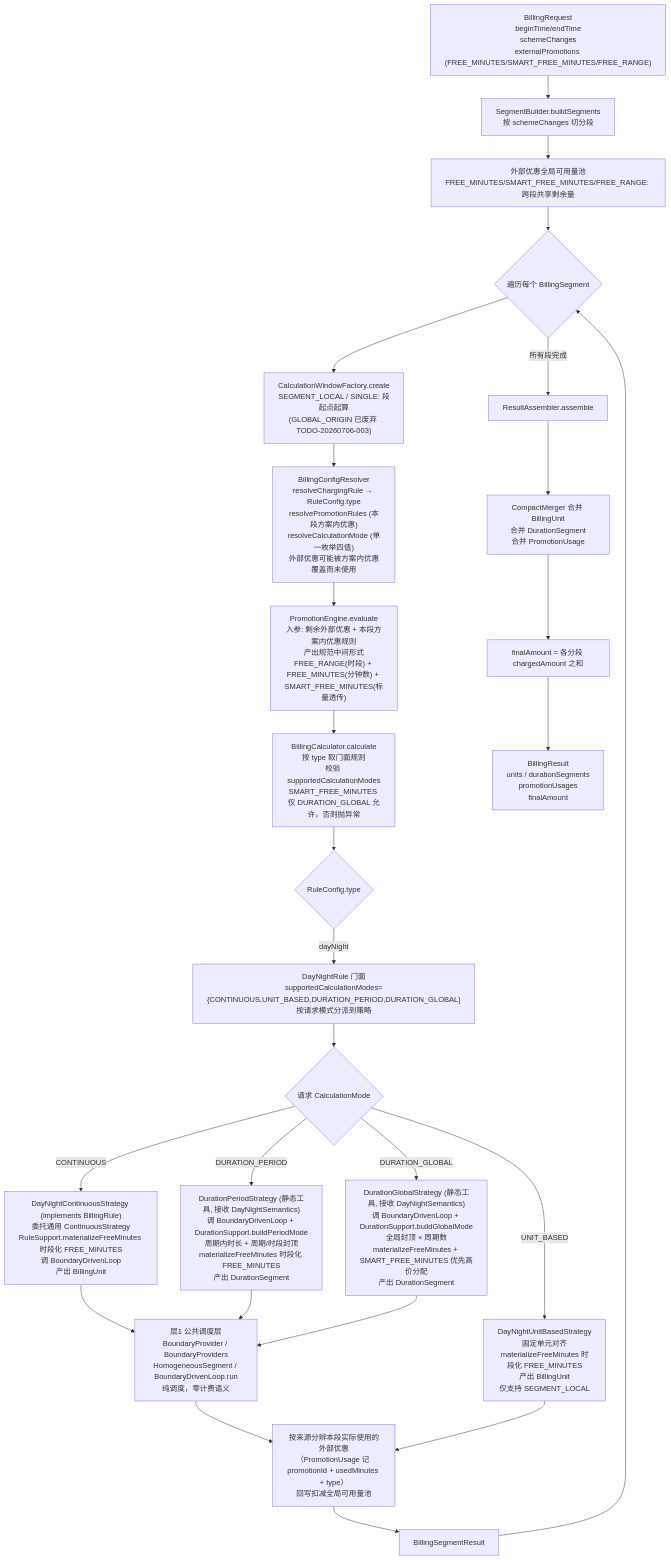
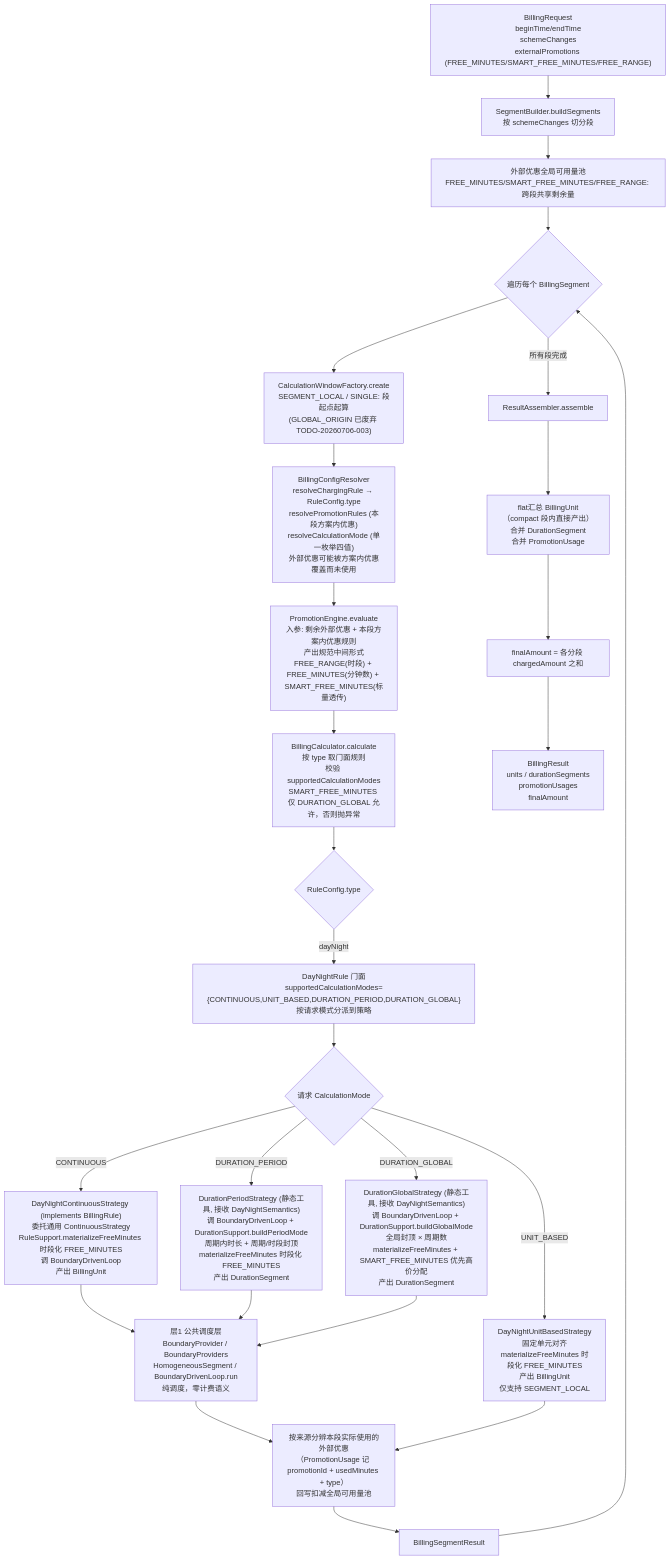
One commit to ShangTX/billing-engine changed the diagram in docs/billing-engine-calculation-flow-zh.md. Above: the diagram before and after it, drawn with Mermaid. The commit also changed other lines of this file and 25 other files, not shown here.

````diff
--- a/docs/billing-engine-calculation-flow-zh.md
+++ b/docs/billing-engine-calculation-flow-zh.md
@@ -31,47 +31,47 @@
 ```mermaid
 flowchart TD
     Req["BillingRequest<br/>beginTime/endTime<br/>schemeChanges<br/>externalPromotions (FREE_MINUTES/SMART_FREE_MINUTES/FREE_RANGE)"]
 
     Req --> SB["SegmentBuilder.buildSegments<br/>按 schemeChanges 切分段"]
 
     SB --> Pool["外部优惠全局可用量池<br/>FREE_MINUTES/SMART_FREE_MINUTES/FREE_RANGE: 跨段共享剩余量"]
 
     Pool --> Loop{"遍历每个 BillingSegment"}
 
     Loop --> CWF["CalculationWindowFactory.create<br/>SEGMENT_LOCAL / SINGLE: 段起点起算<br/>(GLOBAL_ORIGIN 已废弃 TODO-20260706-003)"]
 
     CWF --> Cfg["BillingConfigResolver<br/>resolveChargingRule → RuleConfig.type<br/>resolvePromotionRules (本段方案内优惠)<br/>resolveCalculationMode (单一枚举四值)<br/>外部优惠可能被方案内优惠覆盖而未使用"]
 
     Cfg --> PE["PromotionEngine.evaluate<br/>入参: 剩余外部优惠 + 本段方案内优惠规则<br/>产出规范中间形式<br/>FREE_RANGE(时段) + FREE_MINUTES(分钟数) + SMART_FREE_MINUTES(标量透传)"]
 
     PE --> BC["BillingCalculator.calculate<br/>按 type 取门面规则<br/>校验 supportedCalculationModes<br/>SMART_FREE_MINUTES 仅 DURATION_GLOBAL 允许，否则抛异常"]
 
     BC --> Type{"RuleConfig.type"}
 
     Type -->|dayNight| Facade["DayNightRule 门面<br/>supportedCalculationModes={CONTINUOUS,UNIT_BASED,DURATION_PERIOD,DURATION_GLOBAL}<br/>按请求模式分派到策略"]
 
     Facade --> Mode{"请求 CalculationMode"}
 
     Mode -->|CONTINUOUS| S1["DayNightContinuousStrategy (implements BillingRule)<br/>委托通用 ContinuousStrategy<br/>RuleSupport.materializeFreeMinutes 时段化 FREE_MINUTES<br/>调 BoundaryDrivenLoop<br/>产出 BillingUnit"]
     Mode -->|UNIT_BASED| S2["DayNightUnitBasedStrategy<br/>固定单元对齐<br/>materializeFreeMinutes 时段化 FREE_MINUTES<br/>产出 BillingUnit<br/>仅支持 SEGMENT_LOCAL"]
     Mode -->|DURATION_PERIOD| S3["DurationPeriodStrategy (静态工具, 接收 DayNightSemantics)<br/>调 BoundaryDrivenLoop + DurationSupport.buildPeriodMode<br/>周期内时长 + 周期/时段封顶<br/>materializeFreeMinutes 时段化 FREE_MINUTES<br/>产出 DurationSegment"]
     Mode -->|DURATION_GLOBAL| S4["DurationGlobalStrategy (静态工具, 接收 DayNightSemantics)<br/>调 BoundaryDrivenLoop + DurationSupport.buildGlobalMode<br/>全局封顶 × 周期数<br/>materializeFreeMinutes + SMART_FREE_MINUTES 优先高价分配<br/>产出 DurationSegment"]
 
     S1 --> Shared["层1 公共调度层<br/>BoundaryProvider / BoundaryProviders<br/>HomogeneousSegment / BoundaryDrivenLoop.run<br/>纯调度，零计费语义"]
     S3 --> Shared
     S4 --> Shared
 
     Shared --> Writeback["按来源分辨本段实际使用的外部优惠<br/>（PromotionUsage 记 promotionId + usedMinutes + type）<br/>回写扣减全局可用量池"]
     S2 --> Writeback
 
     Writeback --> Seg1["BillingSegmentResult"]
     Seg1 --> Loop
 
     Loop -->|所有段完成| RA["ResultAssembler.assemble"]
 
-    RA --> Merge["CompactMerger 合并 BillingUnit<br/>合并 DurationSegment<br/>合并 PromotionUsage"]
+    RA --> Merge["flat汇总 BillingUnit（compact 段内直接产出）<br/>合并 DurationSegment<br/>合并 PromotionUsage"]
 
     Merge --> F1["finalAmount = 各分段 chargedAmount 之和"]
 
     F1 --> Out["BillingResult<br/>units / durationSegments<br/>promotionUsages<br/>finalAmount"]
 ```
````
